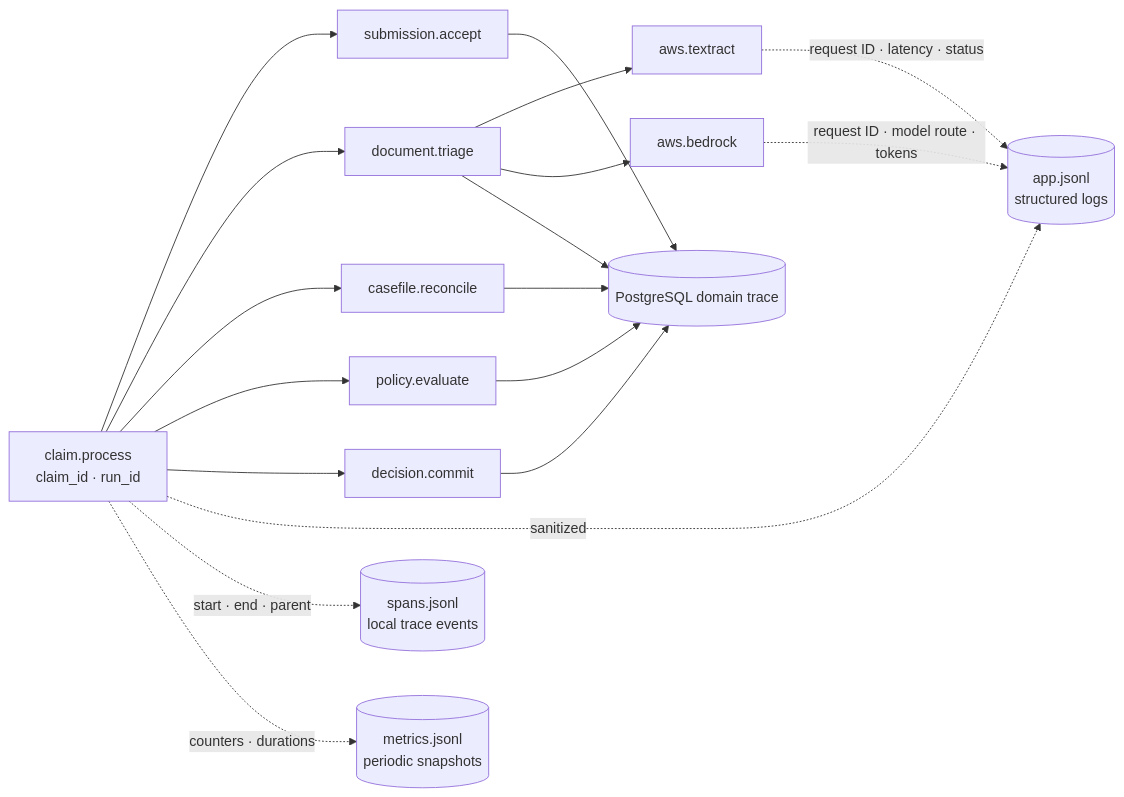
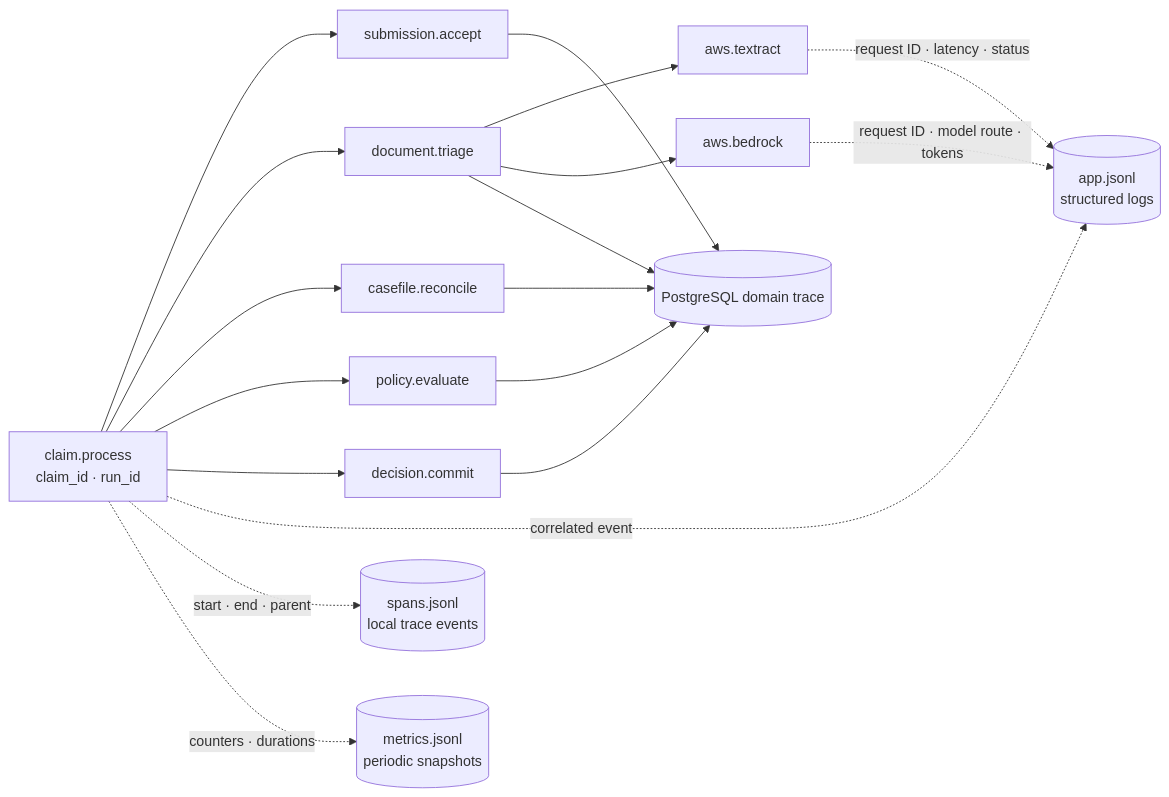
Before and after one commit to faishal882/plum_assignment: diagram 11 of 13 in docs/architecture.md, drawn with Mermaid. The commit also changed other lines of this file and 22 other files, not shown here.

````diff
--- a/docs/architecture.md
+++ b/docs/architecture.md
@@ -1373,33 +1373,33 @@
 ```mermaid
 flowchart LR
     ROOT["claim.process<br/>claim_id · run_id"]
     ACCEPT["submission.accept"]
     TRIAGE["document.triage"]
     TX["aws.textract"]
     BR["aws.bedrock"]
     CASE["casefile.reconcile"]
     POLICY["policy.evaluate"]
     COMMIT["decision.commit"]
     AUDIT[("PostgreSQL domain trace")]
     LOGS[("app.jsonl<br/>structured logs")]
     SPANS[("spans.jsonl<br/>local trace events")]
     METRICS[("metrics.jsonl<br/>periodic snapshots")]
 
     ROOT --> ACCEPT
     ROOT --> TRIAGE
     TRIAGE --> TX
     TRIAGE --> BR
     ROOT --> CASE
     ROOT --> POLICY
     ROOT --> COMMIT
     ACCEPT --> AUDIT
     TRIAGE --> AUDIT
     CASE --> AUDIT
     POLICY --> AUDIT
     COMMIT --> AUDIT
-    ROOT -. sanitized .-> LOGS
+    ROOT -. correlated event .-> LOGS
     ROOT -. start · end · parent .-> SPANS
     TX -. request ID · latency · status .-> LOGS
     BR -. request ID · model route · tokens .-> LOGS
     ROOT -. counters · durations .-> METRICS
 ```
````
